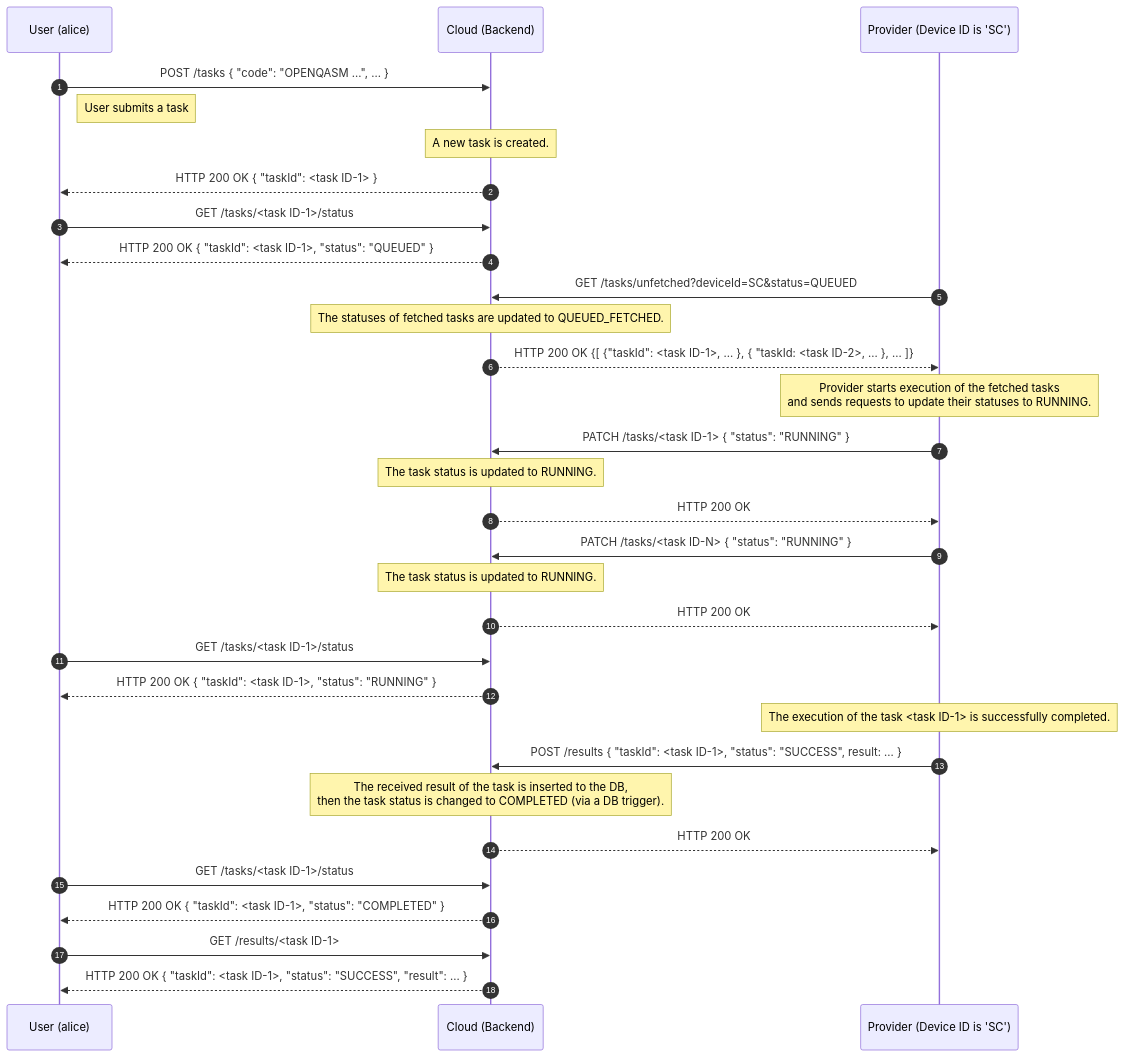
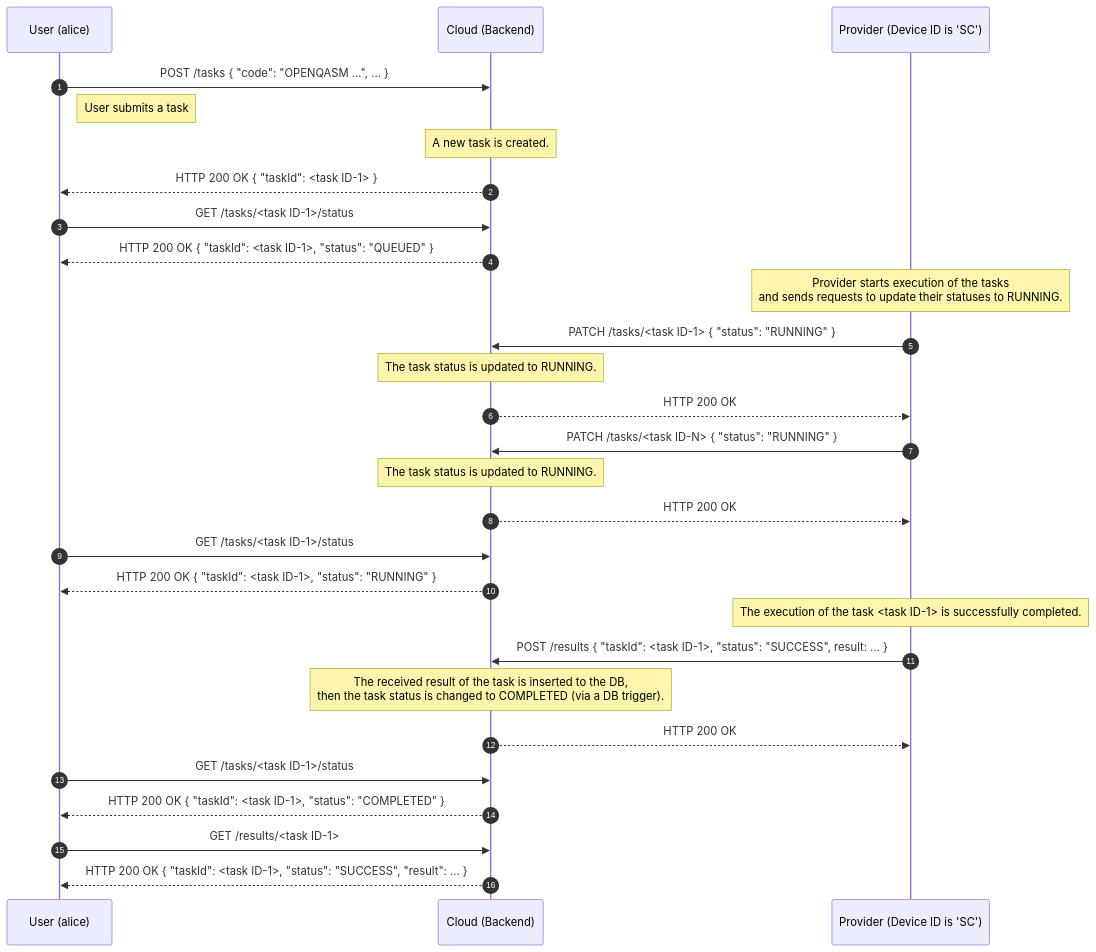
The first of 3 diagrams in docs/en/architecture/sequence_diagram.md (oqtopus-team/oqtopus-cloud), drawn with Mermaid before and after one commit. The commit also changed other lines of this file and 26 other files, not shown here.

Commit message:
refactor: delete of XXX_FETCHED and GET /tasks/unfetched (#45)

````diff
--- a/docs/en/architecture/sequence_diagram.md
+++ b/docs/en/architecture/sequence_diagram.md
@@ -16,42 +16,38 @@
 ```mermaid
 sequenceDiagram
     autonumber
     participant User as User (alice)
     participant Cloud as Cloud (Backend)
     participant Provider as Provider (Device ID is 'SC')
 
     User->>Cloud: POST /tasks { "code": "OPENQASM ...", ... }
     Note right of User: User submits a task
     Note over Cloud: A new task is created.
     Cloud-->>User: HTTP 200 OK { "taskId": <task ID-1> }
 
     User->>Cloud: GET /tasks/<task ID-1>/status
     Cloud-->>User: HTTP 200 OK { "taskId": <task ID-1>, "status": "QUEUED" }
 
-    Provider->>Cloud: GET /tasks/unfetched?deviceId=SC&status=QUEUED
-    Note over Cloud: The statuses of fetched tasks are updated to QUEUED_FETCHED.
-    Cloud-->>Provider: HTTP 200 OK {[ {"taskId": <task ID-1>, ... }, { "taskId: <task ID-2>, ... }, ... ]}
-
-    Note over Provider: Provider starts execution of the fetched tasks<br>and sends requests to update their statuses to RUNNING.
+    Note over Provider: Provider starts execution of the tasks<br>and sends requests to update their statuses to RUNNING.
     Provider->>Cloud: PATCH /tasks/<task ID-1> { "status": "RUNNING" }
     Note over Cloud: The task status is updated to RUNNING.
     Cloud-->>Provider: HTTP 200 OK
 
     Provider->>Cloud: PATCH /tasks/<task ID-N> { "status": "RUNNING" }
     Note over Cloud: The task status is updated to RUNNING.
     Cloud-->>Provider: HTTP 200 OK
 
     User->>Cloud: GET /tasks/<task ID-1>/status
     Cloud-->>User: HTTP 200 OK { "taskId": <task ID-1>, "status": "RUNNING" }
     Note over Provider: The execution of the task <task ID-1> is successfully completed.
     Provider->>Cloud: POST /results { "taskId": <task ID-1>, "status": "SUCCESS", result: ... }
 
     Note over Cloud: The received result of the task is inserted to the DB,<br> then the task status is changed to COMPLETED (via a DB trigger).
     Cloud-->>Provider: HTTP 200 OK
 
     User->>Cloud: GET /tasks/<task ID-1>/status
     Cloud-->>User: HTTP 200 OK { "taskId": <task ID-1>, "status": "COMPLETED" }
 
     User->>Cloud: GET /results/<task ID-1>
     Cloud-->>User: HTTP 200 OK { "taskId": <task ID-1>, "status": "SUCCESS", "result": ... }
 ```
````
